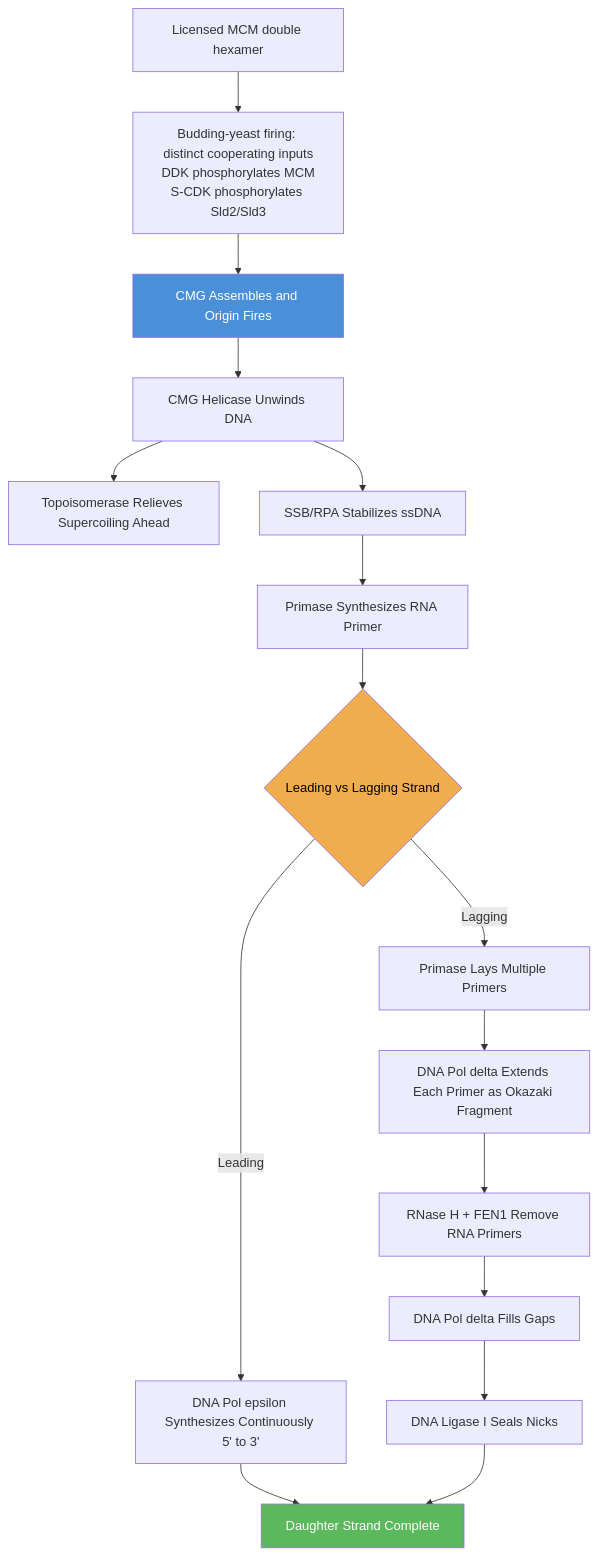
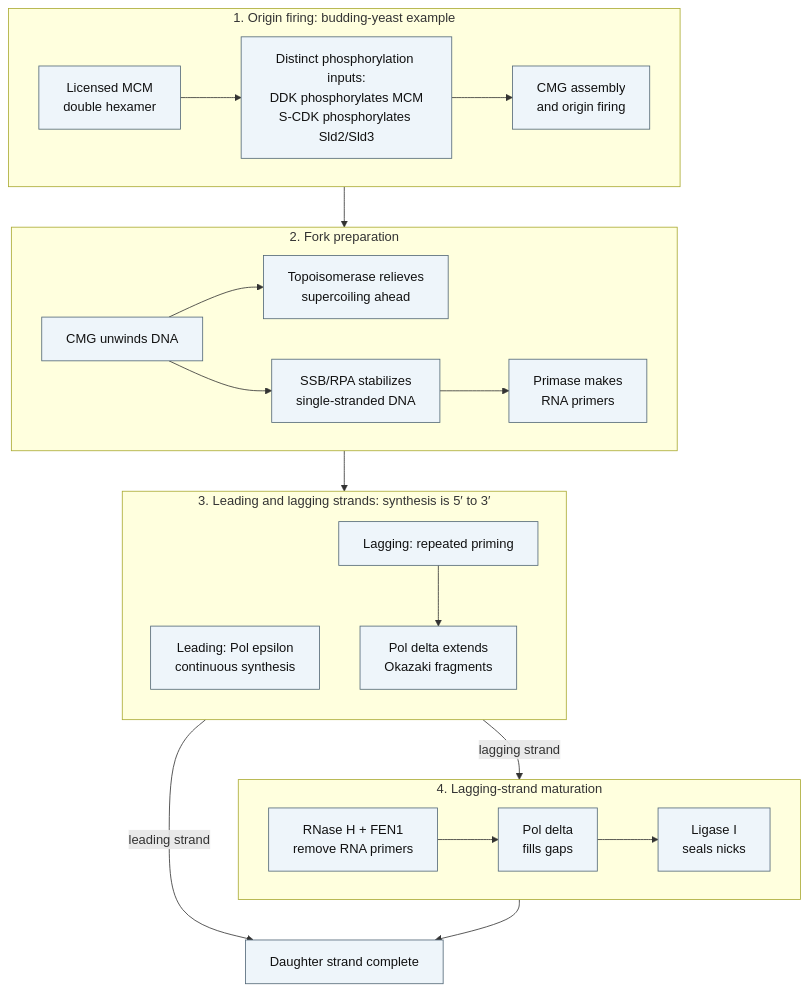
One commit to docxology/biology_textbook changed the first of 4 diagrams in docs/manuscript/unit_IV/dna_replication_and_cell_cycle.md. Above: the diagram before and after it, drawn with Mermaid. The commit also changed other lines of this file and 41 other files, not shown here.

````diff
--- a/docs/manuscript/unit_IV/dna_replication_and_cell_cycle.md
+++ b/docs/manuscript/unit_IV/dna_replication_and_cell_cycle.md
@@ -140,22 +140,33 @@
 ```mermaid
-flowchart TD
-    Licensed["Licensed MCM double hexamer"] --> Kinases["Budding-yeast firing: distinct cooperating inputs<br/>DDK phosphorylates MCM<br/>S-CDK phosphorylates Sld2/Sld3"]
-    Kinases --> A["CMG Assembles and Origin Fires"]
-    A --> B["CMG Helicase Unwinds DNA"]
-    B --> C[Topoisomerase Relieves Supercoiling Ahead]
-    B --> D[SSB/RPA Stabilizes ssDNA]
-    D --> E[Primase Synthesizes RNA Primer]
-    E --> F{Leading vs Lagging Strand}
-    F -->|Leading| G["DNA Pol epsilon Synthesizes Continuously 5' to 3'"]
-    F -->|Lagging| H["Primase Lays Multiple Primers"]
-    H --> I["DNA Pol delta Extends Each Primer as Okazaki Fragment"]
-    I --> J["RNase H + FEN1 Remove RNA Primers"]
-    J --> K["DNA Pol delta Fills Gaps"]
-    K --> L["DNA Ligase I Seals Nicks"]
-    G --> M[Daughter Strand Complete]
-    L --> M
-
-    style A fill:#4a90d9,color:#fff
-    style F fill:#f0ad4e,color:#000
-    style M fill:#5cb85c,color:#fff
+---
+config:
+  layout: dagre
+---
+flowchart TB
+    subgraph firing["1. Origin firing: budding-yeast example"]
+        direction LR
+        Licensed["Licensed MCM<br/>double hexamer"] --> Kinases["Distinct phosphorylation inputs:<br/>DDK phosphorylates MCM<br/>S-CDK phosphorylates Sld2/Sld3"]
+        Kinases --> A["CMG assembly<br/>and origin firing"]
+    end
+    subgraph fork["2. Fork preparation"]
+        direction LR
+        B["CMG unwinds DNA"] --> C["Topoisomerase relieves<br/>supercoiling ahead"]
+        B --> D["SSB/RPA stabilizes<br/>single-stranded DNA"]
+        D --> E["Primase makes<br/>RNA primers"]
+    end
+    subgraph synthesis["3. Leading and lagging strands: synthesis is 5′ to 3′"]
+        direction TB
+        G["Leading: Pol epsilon<br/>continuous synthesis"]
+        H["Lagging: repeated priming"] --> I["Pol delta extends<br/>Okazaki fragments"]
+    end
+    subgraph maturation["4. Lagging-strand maturation"]
+        direction LR
+        J["RNase H + FEN1<br/>remove RNA primers"] --> K["Pol delta<br/>fills gaps"] --> L["Ligase I<br/>seals nicks"]
+    end
+    firing --> fork --> synthesis
+    synthesis -->|lagging strand| maturation
+    synthesis -->|leading strand| M["Daughter strand complete"]
+    maturation --> M
+    classDef ink fill:#eef5fa,stroke:#526777,color:#111111
+    class Licensed,Kinases,A,B,C,D,E,G,H,I,J,K,L,M ink
 ```
````
